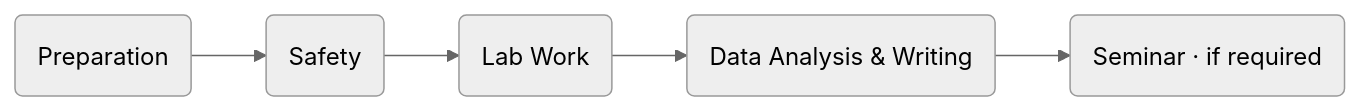
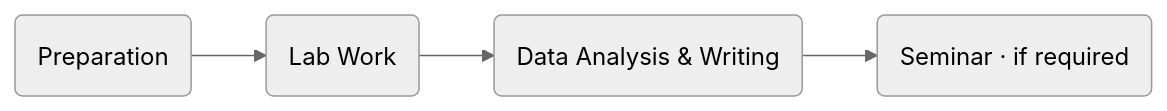
The diagram in intro.md (adv-labs-ufr/handbook), drawn with Mermaid (neutral theme) before and after one commit. The commit also changed other lines of this file, not shown here.

````diff
--- a/intro.md
+++ b/intro.md
@@ -10,4 +10,4 @@
 ```{mermaid}
 graph LR
-  A(Preparation) --> B(Safety) --> C(Lab Work) --> D(Data Analysis & Writing) --> E(Seminar · if required)
+  A(Preparation) --> B(Lab Work) --> C(Data Analysis & Writing) --> D(Seminar · if required)
 ```
````
